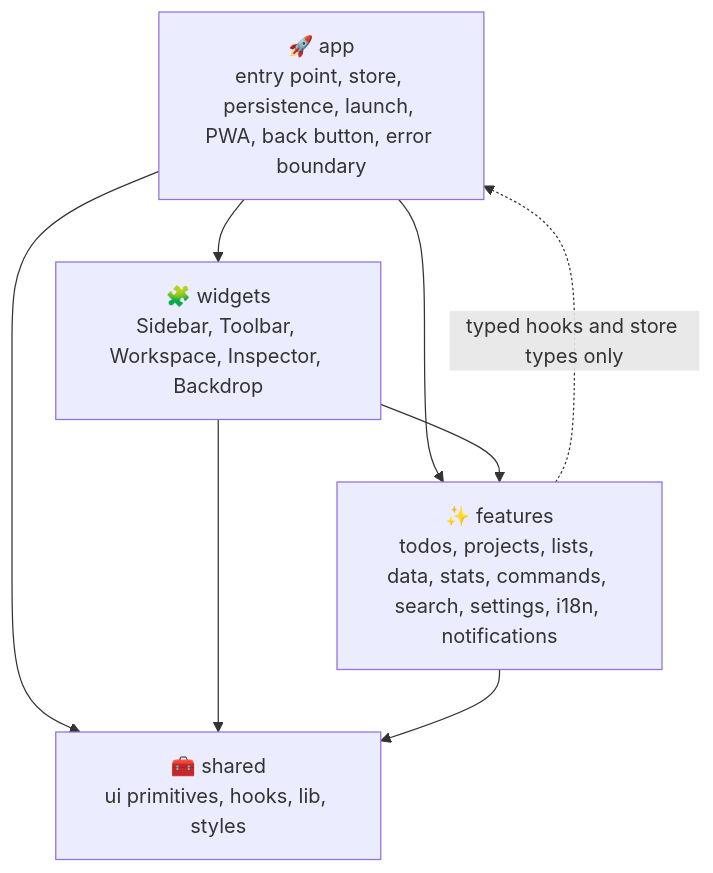
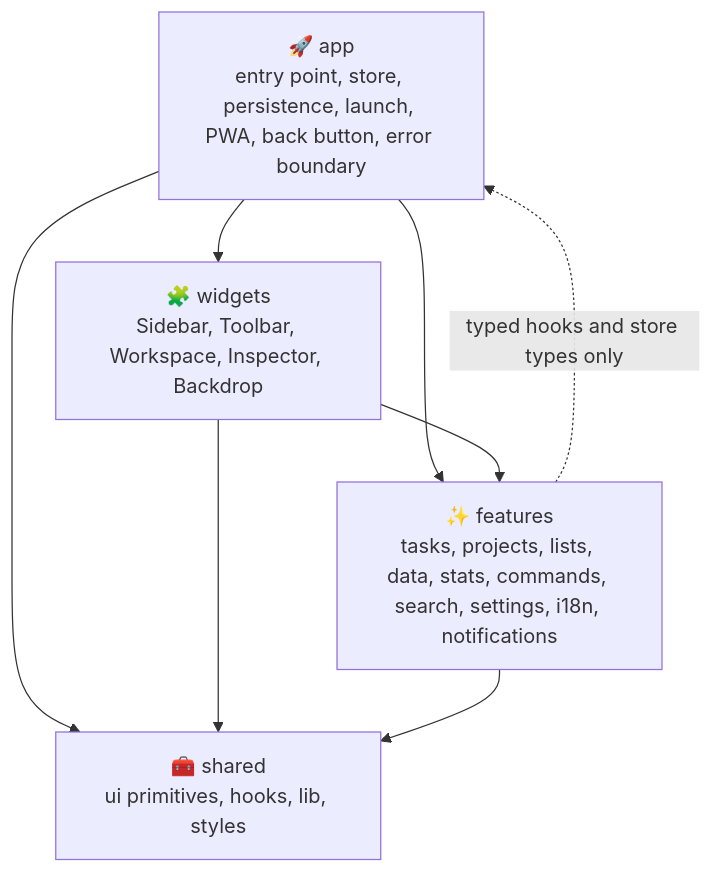
The first of 10 diagrams in docs/architecture.md (sacrificed666/react-todo-app), drawn with Mermaid before and after one commit. The commit also changed other lines of this file and 182 other files, not shown here.

First line of the commit message:
refactor: rename todos to tasks and update related selectors, components, and tests

````diff
--- a/docs/architecture.md
+++ b/docs/architecture.md
@@ -20,15 +20,15 @@
 ```mermaid
 flowchart TB
   app["🚀 app<br/>entry point, store, persistence, launch, PWA, back button, error boundary"]
   widgets["🧩 widgets<br/>Sidebar, Toolbar, Workspace, Inspector, Backdrop"]
-  features["✨ features<br/>todos, projects, lists, data, stats, commands, search, settings, i18n, notifications"]
+  features["✨ features<br/>tasks, projects, lists, data, stats, commands, search, settings, i18n, notifications"]
   shared["🧰 shared<br/>ui primitives, hooks, lib, styles"]
 
   app --> widgets
   app --> features
   app --> shared
   widgets --> features
   widgets --> shared
   features --> shared
   features -. "typed hooks and store types only" .-> app
 ```
````
